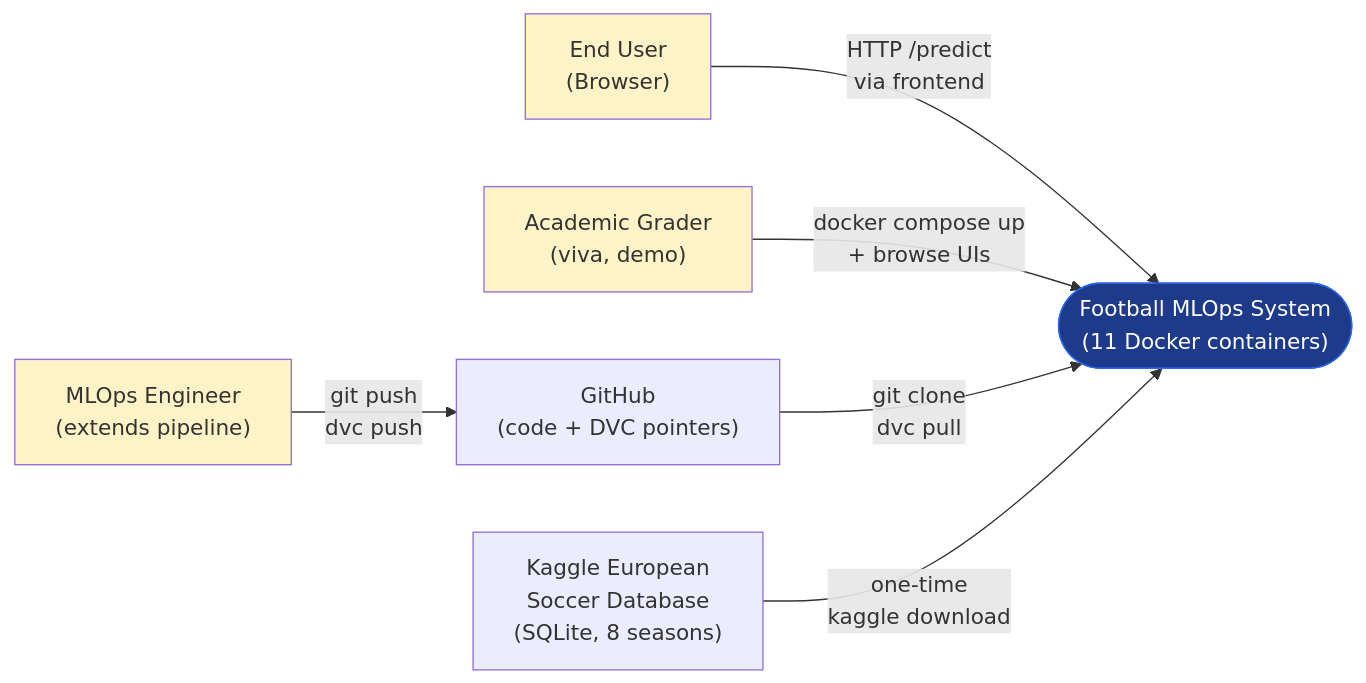
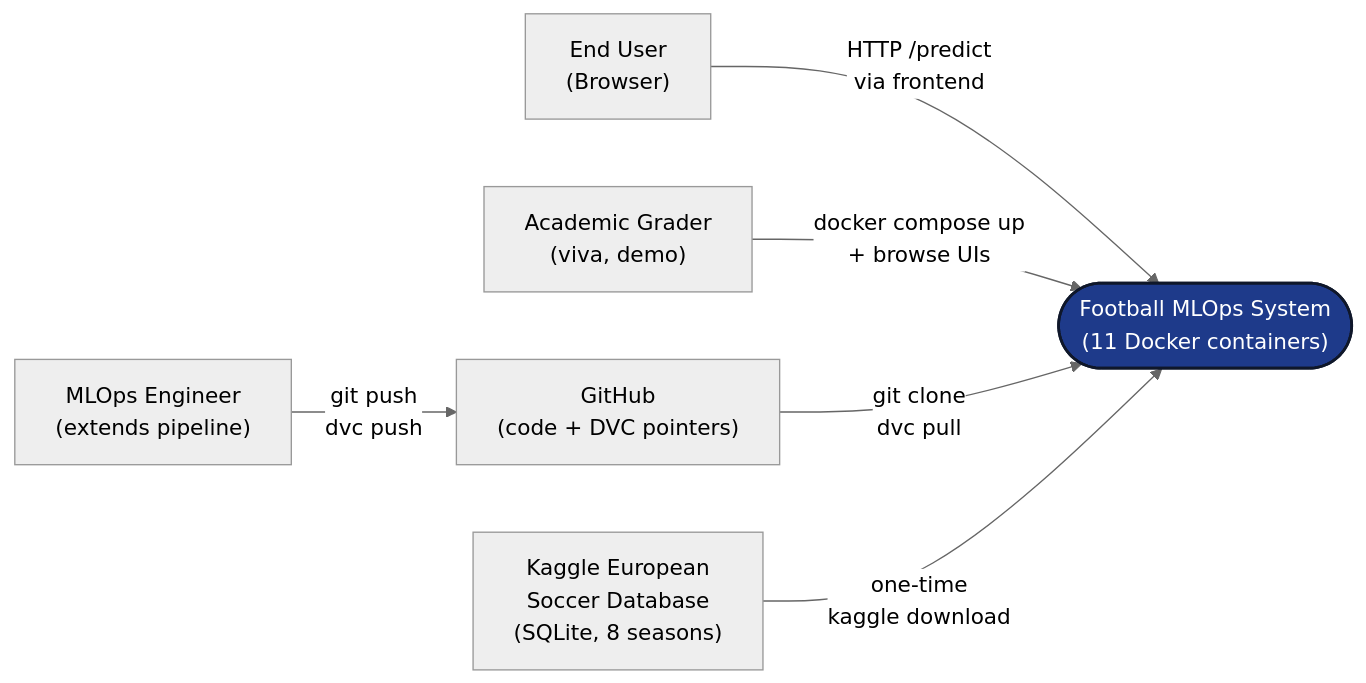
One commit to muhammed786fiyas/mlops_end_to_end_project changed the first of 3 diagrams in docs/hld/HLD.md. Above: the diagram before and after it, drawn with Mermaid. The commit also changed other lines of this file, not shown here.

First line of the commit message:
docs(hld): tune diagram themes for cross-renderer readability

````diff
--- a/docs/hld/HLD.md
+++ b/docs/hld/HLD.md
@@ -55,21 +55,19 @@
 ```mermaid
+%%{init: {'theme':'neutral'}}%%
 flowchart LR
     user["End User<br/>(Browser)"]
     grader["Academic Grader<br/>(viva, demo)"]
     devops["MLOps Engineer<br/>(extends pipeline)"]
     dataset["Kaggle European<br/>Soccer Database<br/>(SQLite, 8 seasons)"]
     github["GitHub<br/>(code + DVC pointers)"]
 
-    system(["Football MLOps System<br/>(11 Docker containers)"])
+    system(["Football MLOps System<br/>(11 Docker containers)"]):::core
 
     user -->|"HTTP /predict<br/>via frontend"| system
     grader -->|"docker compose up<br/>+ browse UIs"| system
     devops -->|"git push<br/>dvc push"| github
     github -->|"git clone<br/>dvc pull"| system
     dataset -->|"one-time<br/>kaggle download"| system
 
-    style system fill:#1e3a8a,stroke:#2563eb,color:#fff
-    style user fill:#fef3c7
-    style grader fill:#fef3c7
-    style devops fill:#fef3c7
-```
+    classDef core fill:#1e3a8a,stroke:#0f172a,stroke-width:2px,color:#ffffff
+```     
````
